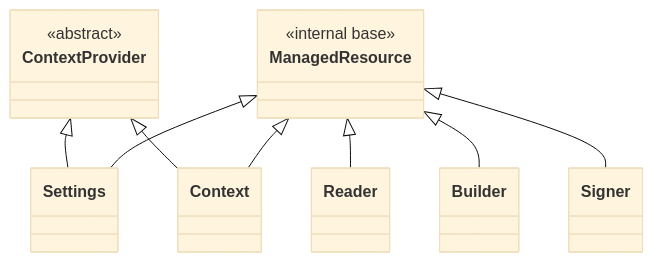
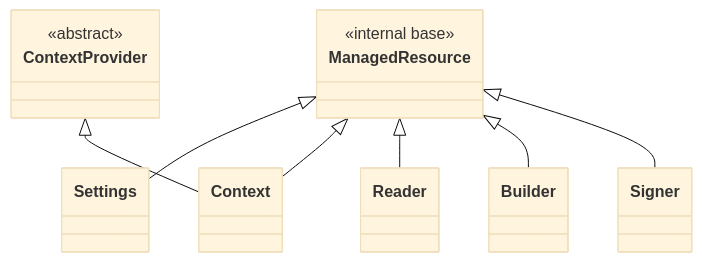
The first of 5 diagrams in docs/native-resources-management.md (contentauth/c2pa-python), drawn with Mermaid (base theme) before and after one commit. The commit also changed other lines of this file and 3 other files, not shown here.

````diff
--- a/docs/native-resources-management.md
+++ b/docs/native-resources-management.md
@@ -40,19 +40,18 @@
 ```mermaid
 classDiagram
     class ManagedResource {
         <<internal base>>
     }
 
     class ContextProvider {
         <<abstract>>
     }
 
     ManagedResource <|-- Settings
     ManagedResource <|-- Context
     ManagedResource <|-- Reader
     ManagedResource <|-- Builder
     ManagedResource <|-- Signer
 
     ContextProvider <|-- Context
-    ContextProvider <|-- Settings
 ```
````
